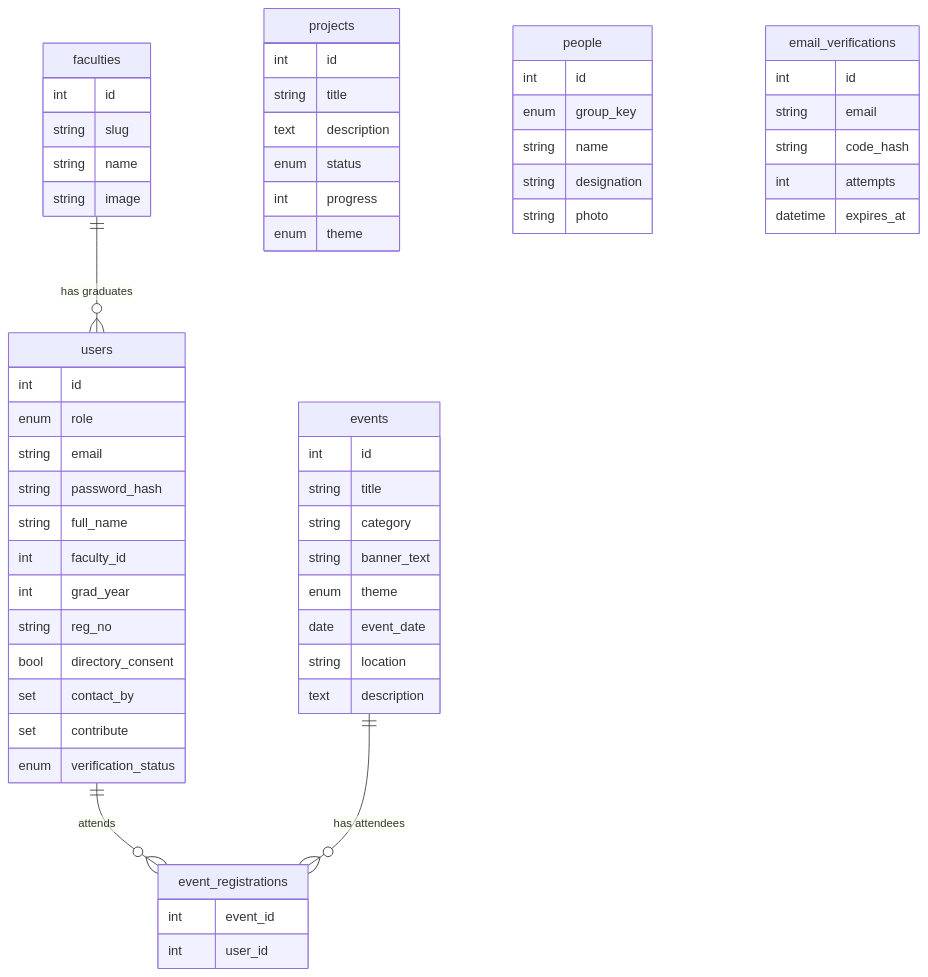
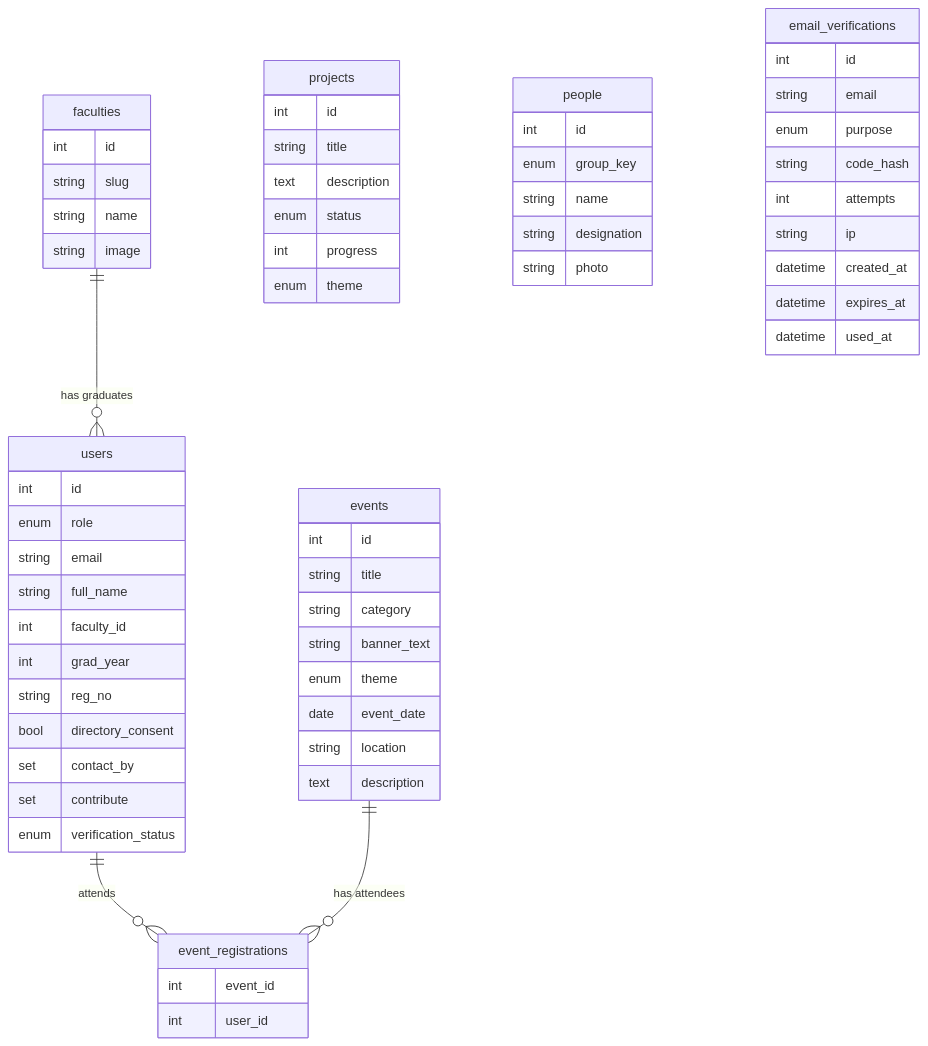
One commit to SanjanaMa12/Alumni_website changed the fourth of 4 diagrams in doc/PROJECT_GUIDE.md. Above: the diagram before and after it, drawn with Mermaid. The commit also changed other lines of this file and 18 other files, not shown here.

````diff
--- a/doc/PROJECT_GUIDE.md
+++ b/doc/PROJECT_GUIDE.md
@@ -206,13 +238,13 @@
 ```mermaid
 erDiagram
     faculties ||--o{ users : "has graduates"
     users ||--o{ event_registrations : "attends"
     events ||--o{ event_registrations : "has attendees"
     faculties { int id string slug string name string image }
-    users { int id enum role string email string password_hash string full_name int faculty_id int grad_year string reg_no bool directory_consent set contact_by set contribute enum verification_status }
+    users { int id enum role string email string full_name int faculty_id int grad_year string reg_no bool directory_consent set contact_by set contribute enum verification_status }
     events { int id string title string category string banner_text enum theme date event_date string location text description }
     event_registrations { int event_id int user_id }
     projects { int id string title text description enum status int progress enum theme }
     people { int id enum group_key string name string designation string photo }
-    email_verifications { int id string email string code_hash int attempts datetime expires_at }
+    email_verifications { int id string email enum purpose string code_hash int attempts string ip datetime created_at datetime expires_at datetime used_at }
 ```
````
